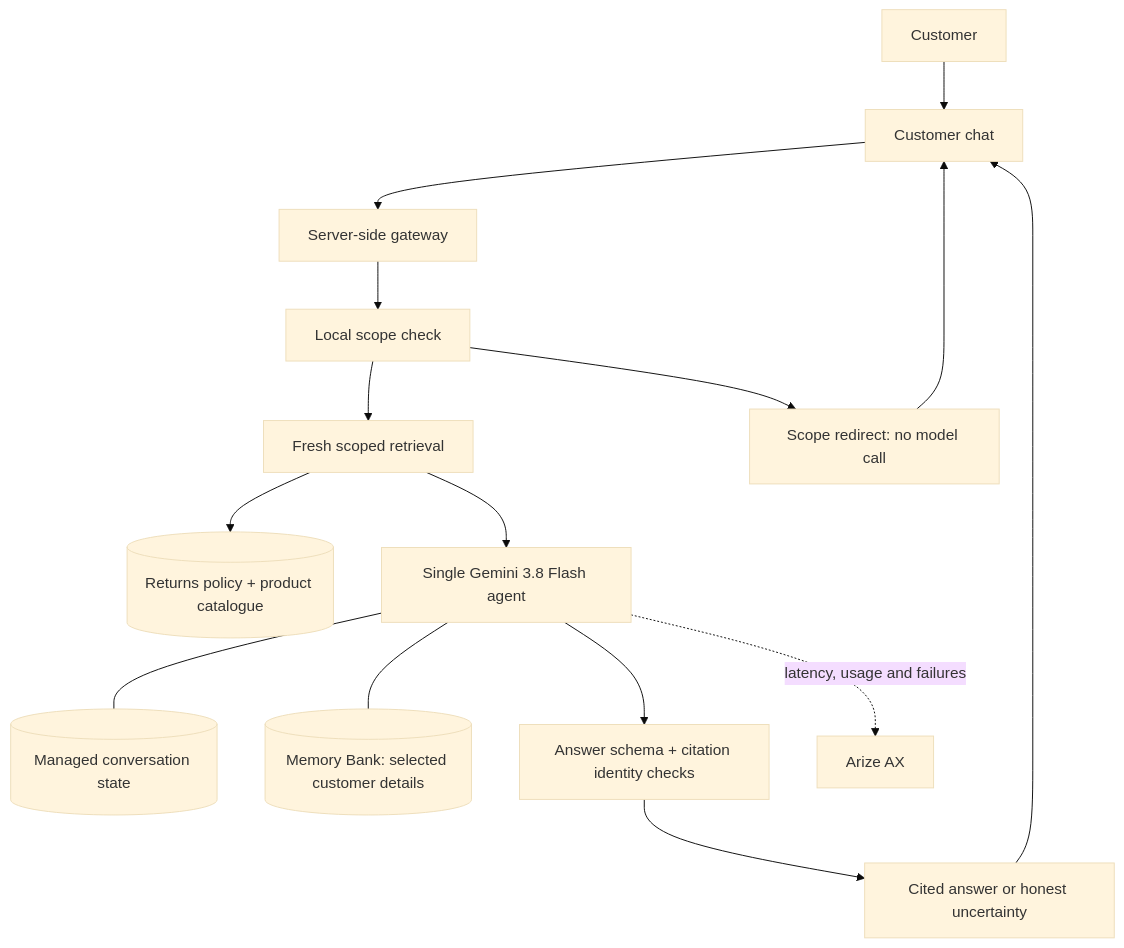
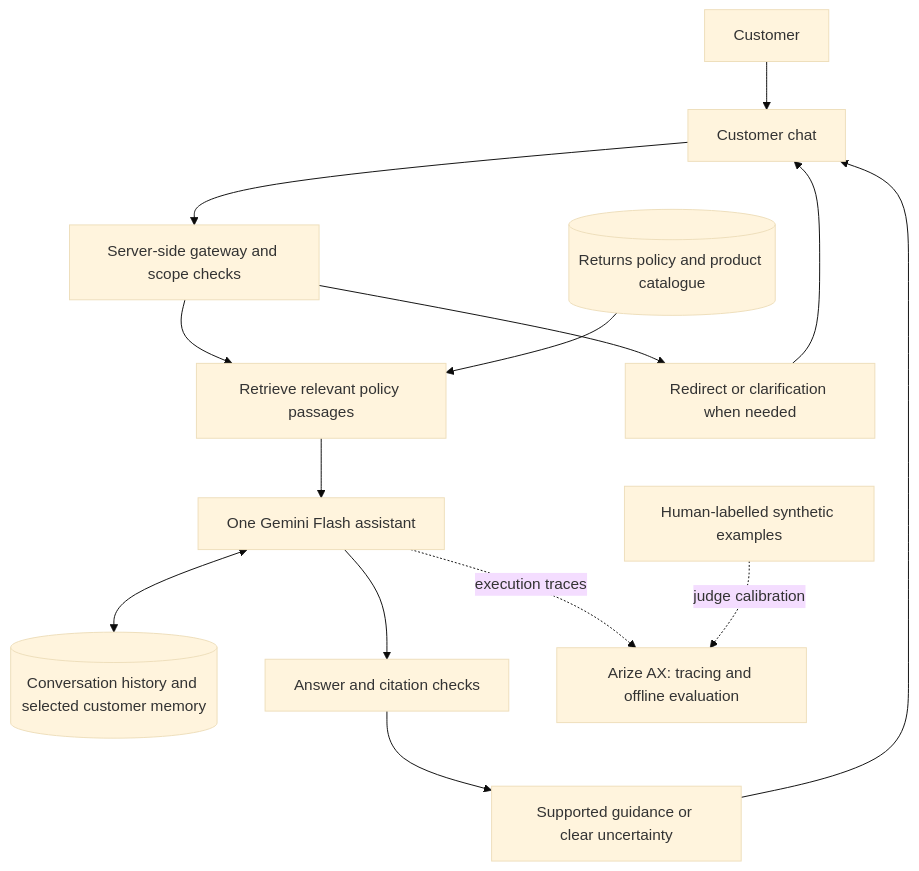
The diagram in README.md (abanerjee23/tarnfield-care), drawn with Mermaid (base theme) before and after one commit. The commit also changed other lines of this file and 20 other files, not shown here.

Commit message:
Align policy guidance, evaluation evidence, and project documentation

````diff
--- a/README.md
+++ b/README.md
@@ -68,17 +66,16 @@
 ```mermaid
 flowchart TD
-    Customer[Customer] --> UI[Customer chat]
-    UI --> Gateway[Server-side gateway]
-    Gateway --> Scope[Local scope check]
-    Scope --> Retrieval[Fresh scoped retrieval]
-    Retrieval --> RAG[(Returns policy + product catalogue)]
-    Retrieval --> Agent[Single Gemini 3.8 Flash agent]
-    Agent --- Sessions[(Managed conversation state)]
-    Agent --- Memory[(Memory Bank: selected customer details)]
-    Agent --> Validation[Answer schema + citation identity checks]
-    Validation --> Answer[Cited answer or honest uncertainty]
-    Answer --> UI
-    Scope --> Redirect[Scope redirect: no model call]
-    Redirect --> UI
-    Agent -. latency, usage and failures .-> Arize[Arize AX]
+    Customer[Customer] --> Chat[Customer chat]
+    Chat --> Gateway[Server-side gateway and scope checks]
+    Gateway --> Retrieval[Retrieve relevant policy passages]
+    Policies[(Returns policy and product catalogue)] --> Retrieval
+    Retrieval --> Agent[One Gemini Flash assistant]
+    Agent <--> State[(Conversation history and selected customer memory)]
+    Agent --> Checks[Answer and citation checks]
+    Checks --> Answer[Supported guidance or clear uncertainty]
+    Answer --> Chat
+    Gateway --> Redirect[Redirect or clarification when needed]
+    Redirect --> Chat
+    Agent -. execution traces .-> Arize[Arize AX: tracing and offline evaluation]
+    Examples[Human-labelled synthetic examples] -. judge calibration .-> Arize
 ```
````
